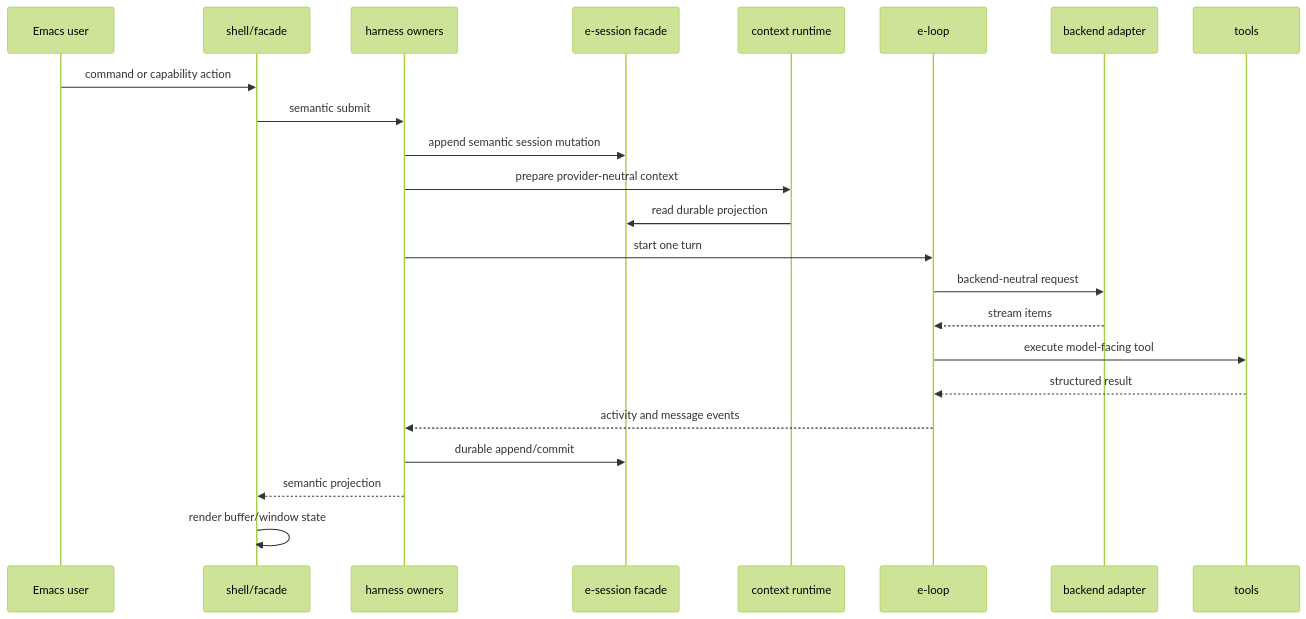
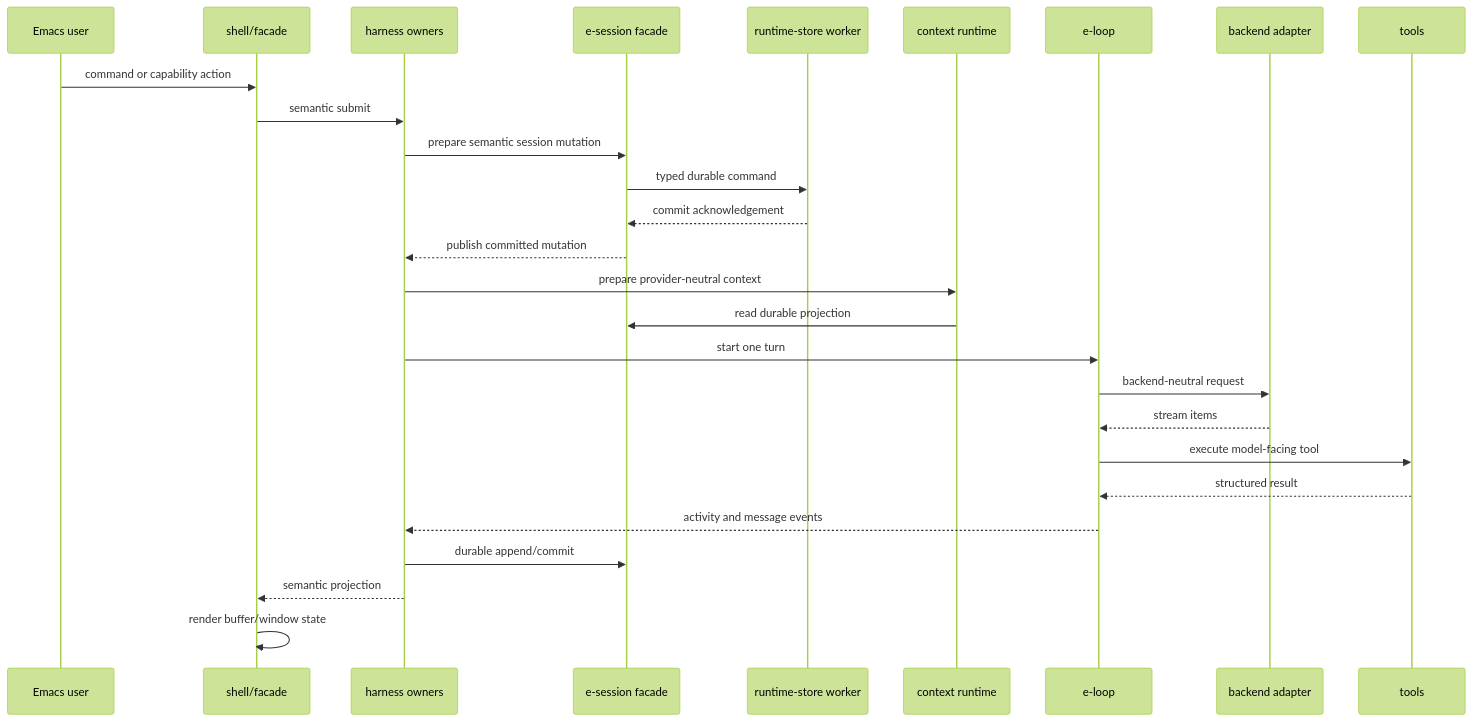
The second of 2 diagrams in docs/architecture.md (alendit/e), drawn with Mermaid (forest theme) before and after one commit. The commit also changed other lines of this file and 88 other files, not shown here.

````diff
--- a/docs/architecture.md
+++ b/docs/architecture.md
@@ -400,25 +427,29 @@
 ```mermaid
 sequenceDiagram
     participant U as Emacs user
     participant P as shell/facade
     participant H as harness owners
     participant S as e-session facade
+    participant W as runtime-store worker
     participant C as context runtime
     participant L as e-loop
     participant B as backend adapter
     participant T as tools
     U->>P: command or capability action
     P->>H: semantic submit
-    H->>S: append semantic session mutation
+    H->>S: prepare semantic session mutation
+    S->>W: typed durable command
+    W-->>S: commit acknowledgement
+    S-->>H: publish committed mutation
     H->>C: prepare provider-neutral context
     C->>S: read durable projection
     H->>L: start one turn
     L->>B: backend-neutral request
     B-->>L: stream items
     L->>T: execute model-facing tool
     T-->>L: structured result
     L-->>H: activity and message events
     H->>S: durable append/commit
     H-->>P: semantic projection
     P->>P: render buffer/window state
 ```
````
